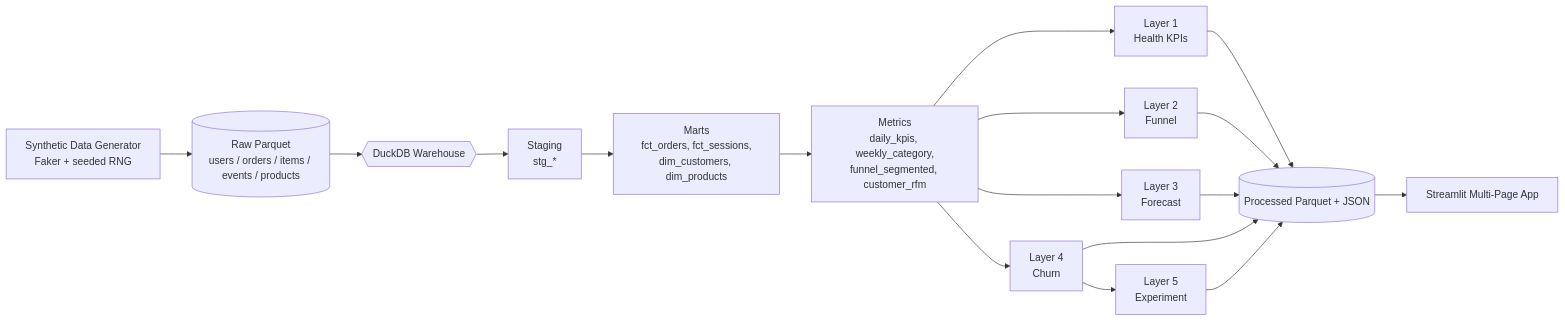
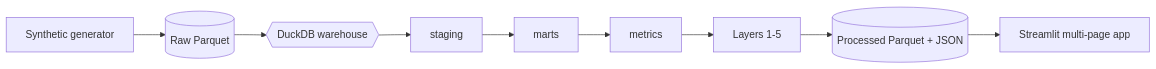
The diagram in README.md (kelvinasiedu-programmer/pulsecommerce), drawn with Mermaid before and after one commit. The commit also changed other lines of this file, not shown here.

````diff
--- a/README.md
+++ b/README.md
@@ -83,15 +61,11 @@
 ```mermaid
 flowchart LR
-    A[Synthetic Data Generator<br/>Faker + seeded RNG] --> B[(Raw Parquet<br/>users / orders / items / events / products)]
-    B --> C{{DuckDB Warehouse}}
-    C --> D[Staging<br/>stg_*]
-    D --> E[Marts<br/>fct_orders, fct_sessions,<br/>dim_customers, dim_products]
-    E --> F[Metrics<br/>daily_kpis, weekly_category,<br/>funnel_segmented, customer_rfm]
-    F --> G1[Layer 1<br/>Health KPIs]
-    F --> G2[Layer 2<br/>Funnel]
-    F --> G3[Layer 3<br/>Forecast]
-    F --> G4[Layer 4<br/>Churn]
-    G4 --> G5[Layer 5<br/>Experiment]
-    G1 & G2 & G3 & G4 & G5 --> H[(Processed Parquet + JSON)]
-    H --> I[Streamlit Multi-Page App]
+    A[Synthetic generator] --> B[(Raw Parquet)]
+    B --> C{{DuckDB warehouse}}
+    C --> D[staging]
+    D --> E[marts]
+    E --> F[metrics]
+    F --> G[Layers 1-5]
+    G --> H[(Processed Parquet + JSON)]
+    H --> I[Streamlit multi-page app]
 ```
````
